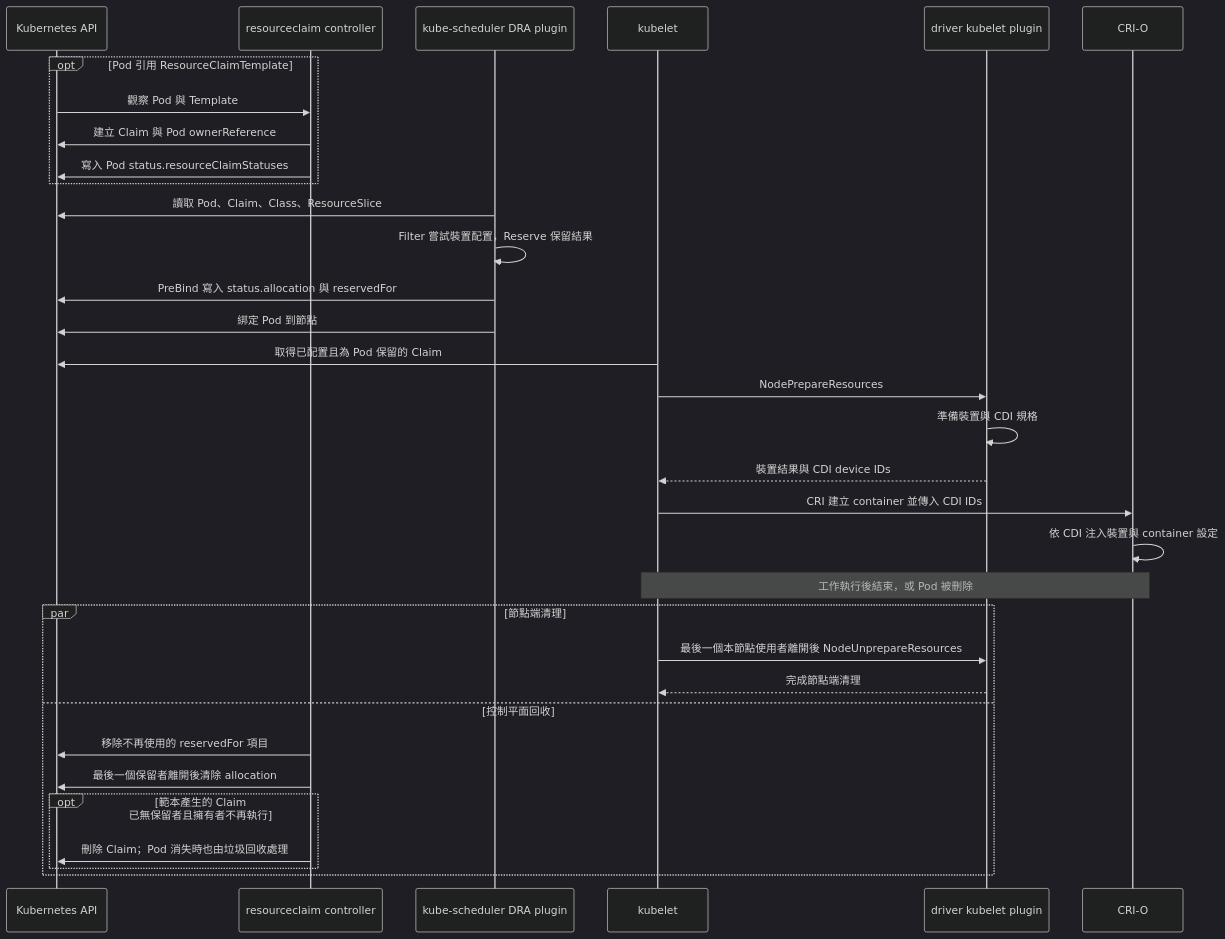
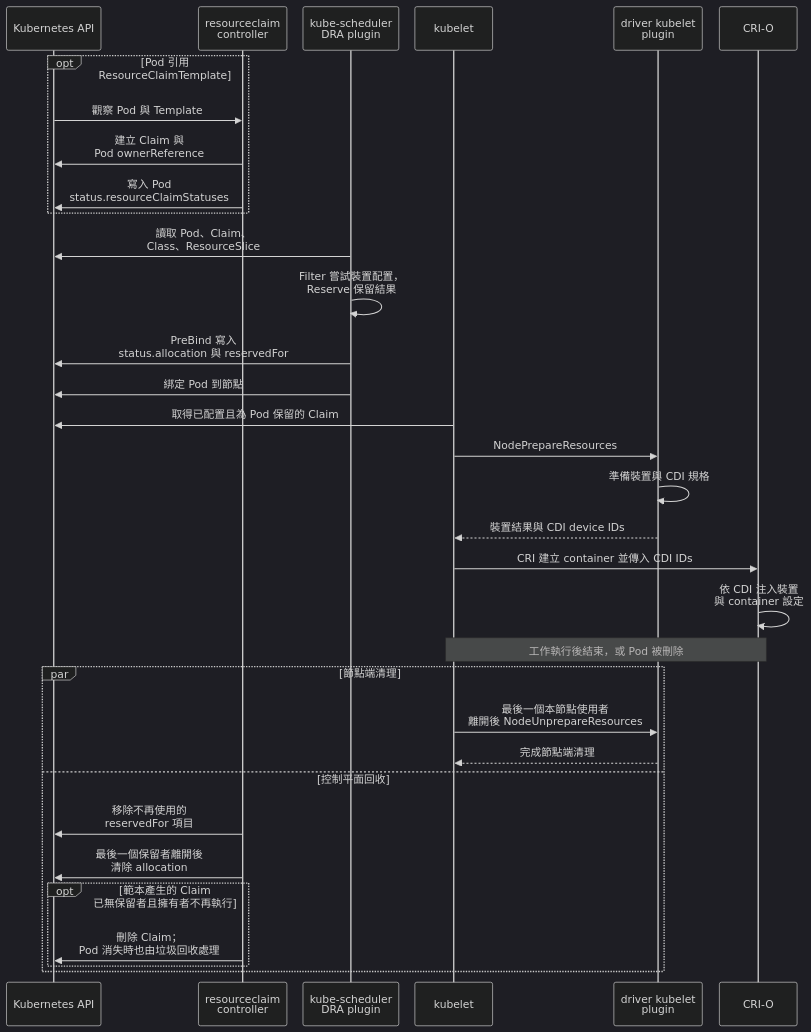
One commit to Daniel77871/dra-gpu-sharing-in-practice changed the second of 2 diagrams in book/01-why-dra/dra-model.md. Above: the diagram before and after it, drawn with Mermaid (dark theme). The commit also changed 15 other files, not shown here.

First line of the commit message:
Fit wide Mermaid diagrams to the GitHub page width

````diff
--- a/book/01-why-dra/dra-model.md
+++ b/book/01-why-dra/dra-model.md
@@ -42,35 +42,36 @@
 ```mermaid
+%%{init: {"sequence": {"actorMargin": 24, "width": 116, "boxMargin": 8, "noteMargin": 8}}}%%
 sequenceDiagram
   participant API as Kubernetes API
-  participant RC as resourceclaim controller
-  participant S as kube-scheduler DRA plugin
+  participant RC as resourceclaim<br/>controller
+  participant S as kube-scheduler<br/>DRA plugin
   participant K as kubelet
-  participant D as driver kubelet plugin
+  participant D as driver kubelet<br/>plugin
   participant R as CRI-O
   opt Pod 引用 ResourceClaimTemplate
     API->>RC: 觀察 Pod 與 Template
-    RC->>API: 建立 Claim 與 Pod ownerReference
-    RC->>API: 寫入 Pod status.resourceClaimStatuses
+    RC->>API: 建立 Claim 與<br/>Pod ownerReference
+    RC->>API: 寫入 Pod<br/>status.resourceClaimStatuses
   end
-  S->>API: 讀取 Pod、Claim、Class、ResourceSlice
-  S->>S: Filter 嘗試裝置配置，Reserve 保留結果
-  S->>API: PreBind 寫入 status.allocation 與 reservedFor
+  S->>API: 讀取 Pod、Claim、<br/>Class、ResourceSlice
+  S->>S: Filter 嘗試裝置配置，<br/>Reserve 保留結果
+  S->>API: PreBind 寫入<br/>status.allocation 與 reservedFor
   S->>API: 綁定 Pod 到節點
   K->>API: 取得已配置且為 Pod 保留的 Claim
   K->>D: NodePrepareResources
   D->>D: 準備裝置與 CDI 規格
   D-->>K: 裝置結果與 CDI device IDs
   K->>R: CRI 建立 container 並傳入 CDI IDs
-  R->>R: 依 CDI 注入裝置與 container 設定
+  R->>R: 依 CDI 注入裝置<br/>與 container 設定
   Note over K,R: 工作執行後結束，或 Pod 被刪除
   par 節點端清理
-    K->>D: 最後一個本節點使用者離開後 NodeUnprepareResources
+    K->>D: 最後一個本節點使用者<br/>離開後 NodeUnprepareResources
     D-->>K: 完成節點端清理
   and 控制平面回收
-    RC->>API: 移除不再使用的 reservedFor 項目
-    RC->>API: 最後一個保留者離開後清除 allocation
+    RC->>API: 移除不再使用的<br/>reservedFor 項目
+    RC->>API: 最後一個保留者離開後<br/>清除 allocation
     opt 範本產生的 Claim 已無保留者且擁有者不再執行
-      RC->>API: 刪除 Claim；Pod 消失時也由垃圾回收處理
+      RC->>API: 刪除 Claim；<br/>Pod 消失時也由垃圾回收處理
     end
   end
 ```
````
